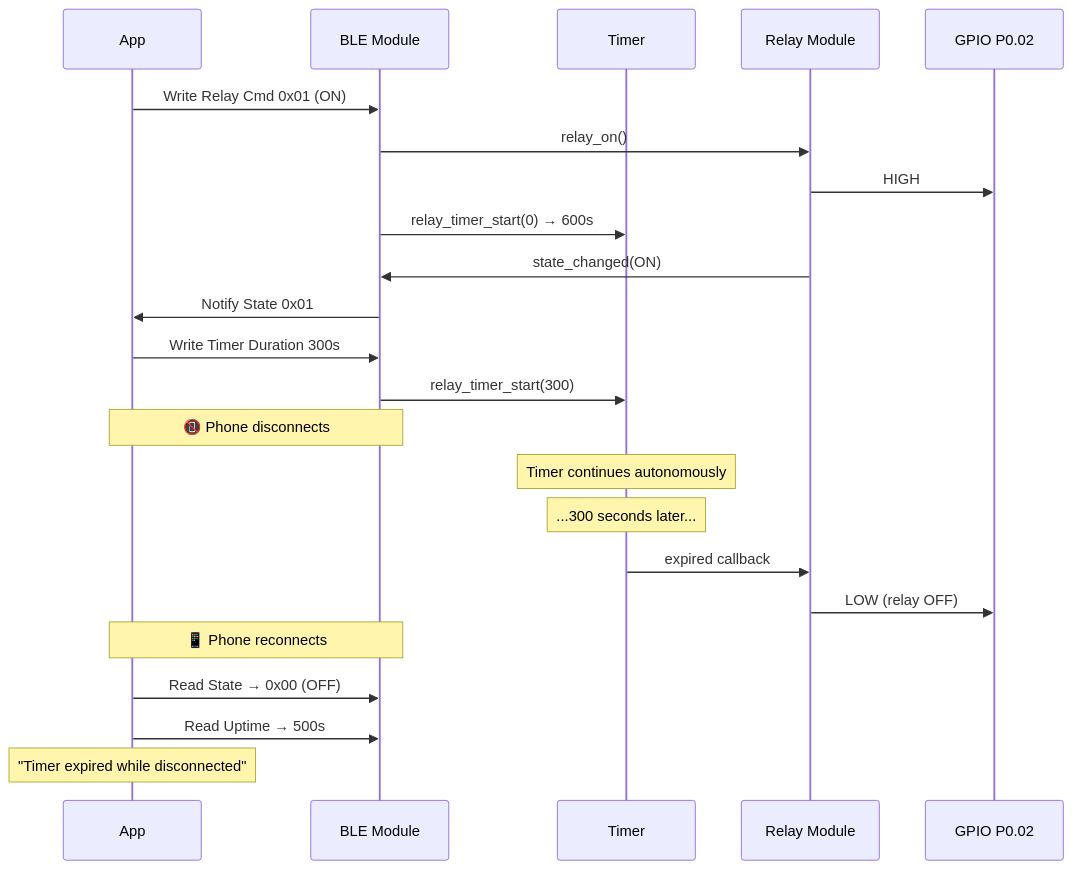
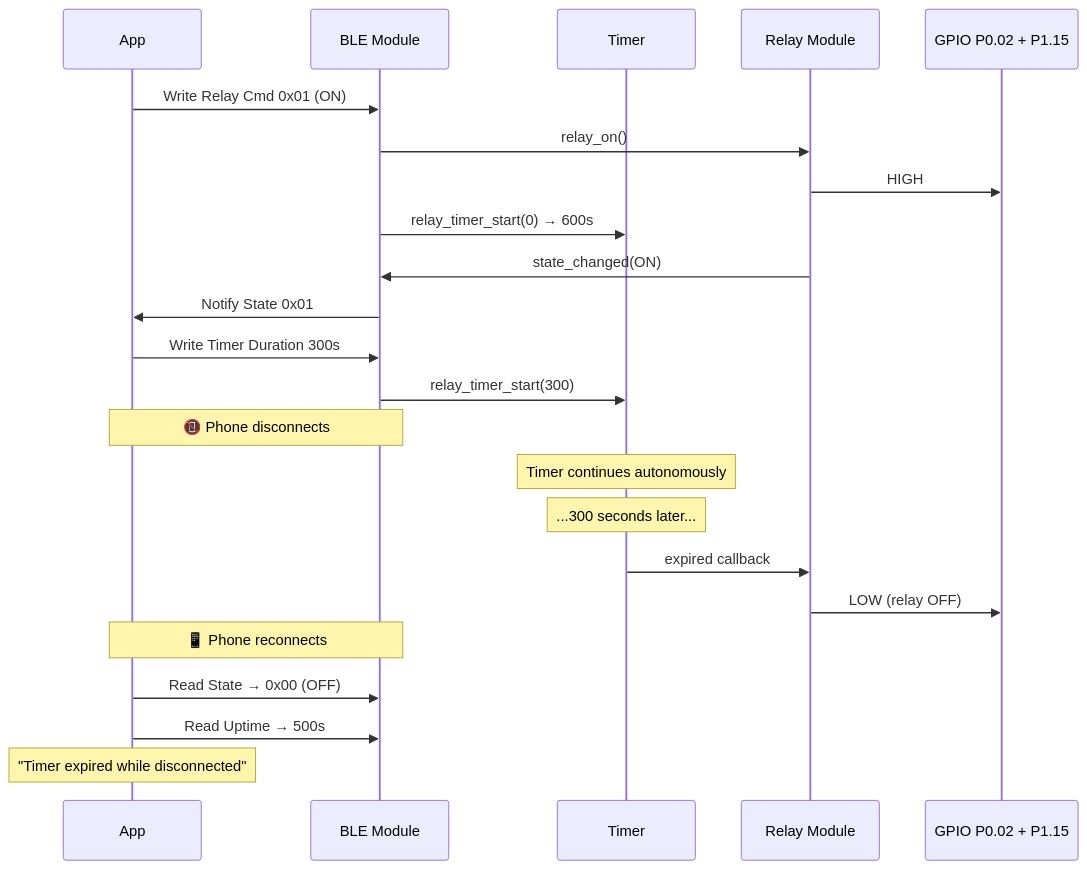
One commit to vabarcaPWR/xiao-remote-button changed the second of 3 diagrams in docs/architecture-firmware.md. Above: the diagram before and after it, drawn with Mermaid. The commit also changed other lines of this file and 5 other files, not shown here.

````diff
--- a/docs/architecture-firmware.md
+++ b/docs/architecture-firmware.md
@@ -130,30 +130,30 @@
 ```mermaid
 sequenceDiagram
     participant 📱 as App
     participant 📡 as BLE Module
     participant ⏱️ as Timer
     participant 🔌 as Relay Module
-    participant ⚡ as GPIO P0.02
+    participant ⚡ as GPIO P0.02 + P1.15
 
     📱->>📡: Write Relay Cmd 0x01 (ON)
     📡->>🔌: relay_on()
     🔌->>⚡: HIGH
     📡->>⏱️: relay_timer_start(0) → 600s
     🔌->>📡: state_changed(ON)
     📡->>📱: Notify State 0x01
 
     📱->>📡: Write Timer Duration 300s
     📡->>⏱️: relay_timer_start(300)
 
     Note over 📱,📡: 📵 Phone disconnects
 
     Note over ⏱️: Timer continues autonomously
     Note over ⏱️: ...300 seconds later...
     ⏱️->>🔌: expired callback
     🔌->>⚡: LOW (relay OFF)
 
     Note over 📱,📡: 📱 Phone reconnects
     📱->>📡: Read State → 0x00 (OFF)
     📱->>📡: Read Uptime → 500s
     Note over 📱: "Timer expired while disconnected"
 ```
````
